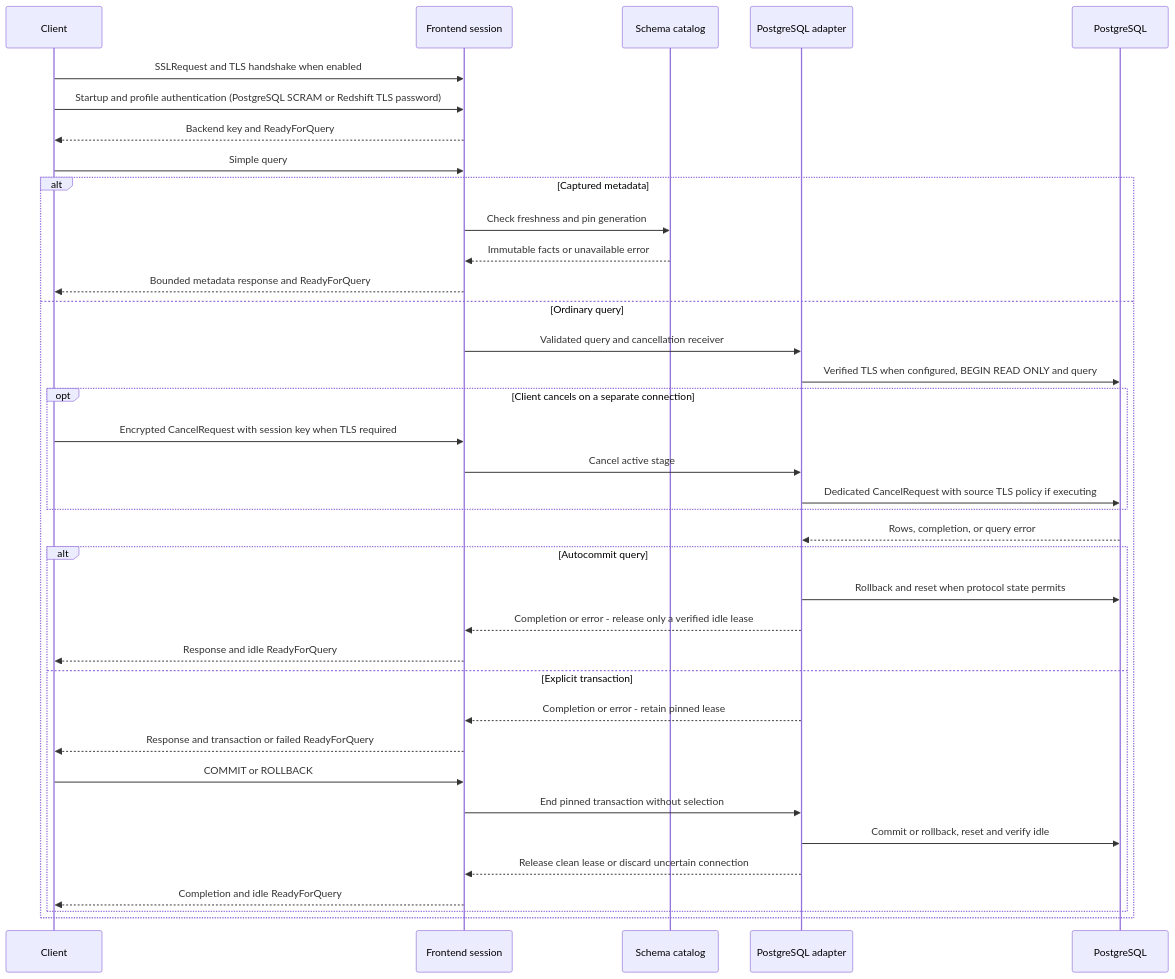
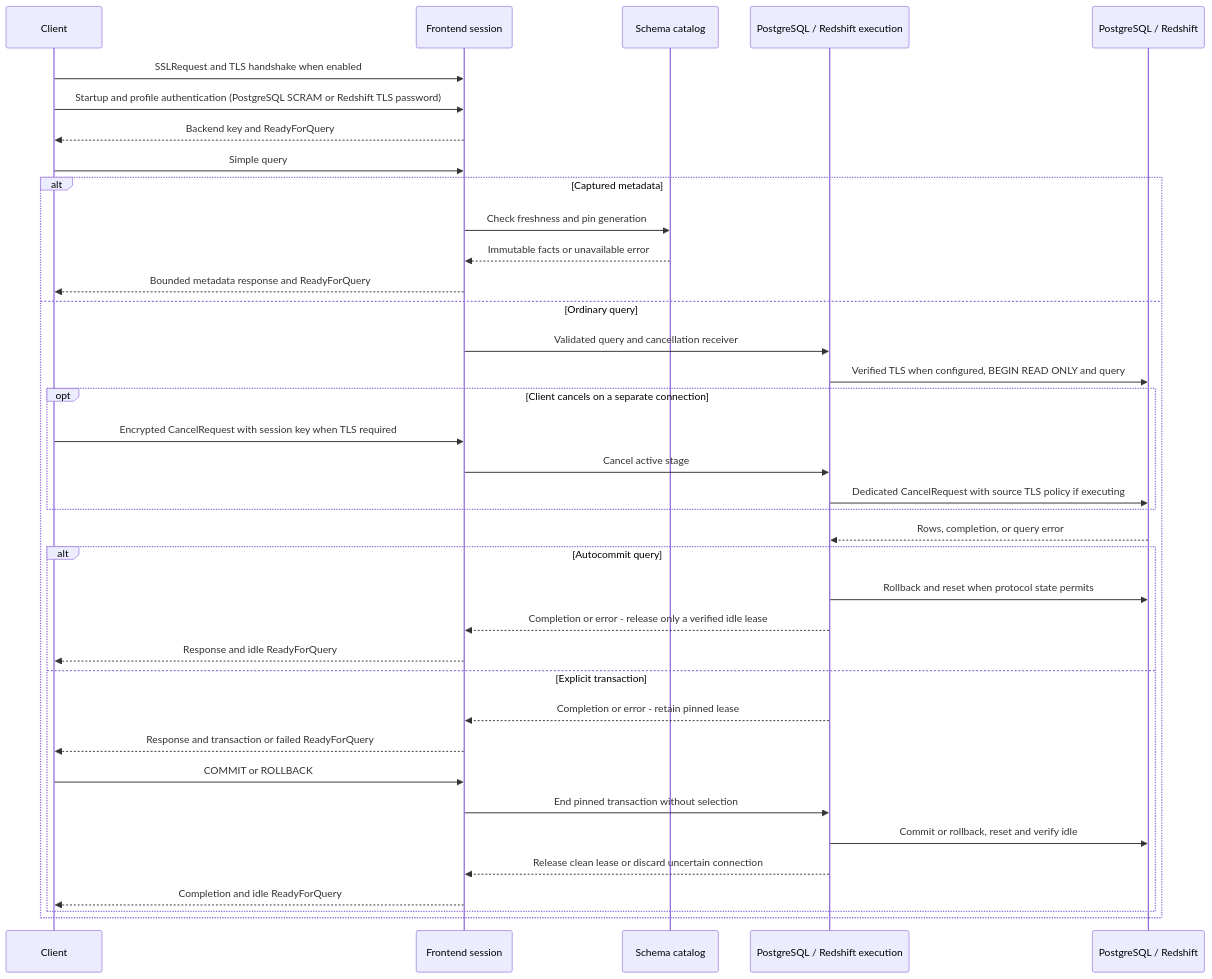
One commit to AbhiSinha08/yasp-analytics-proxy changed the fifth of 6 diagrams in docs/architecture.md. Above: the diagram before and after it, drawn with Mermaid. The commit also changed other lines of this file and 63 other files, not shown here.

````diff
--- a/docs/architecture.md
+++ b/docs/architecture.md
@@ -262,39 +265,39 @@
 ```mermaid
 sequenceDiagram
     participant Client
     participant Session as Frontend session
     participant Catalog as Schema catalog
-    participant Adapter as PostgreSQL adapter
-    participant PG as PostgreSQL
+    participant Adapter as PostgreSQL / Redshift execution
+    participant PG as PostgreSQL / Redshift
     Client->>Session: SSLRequest and TLS handshake when enabled
     Client->>Session: Startup and profile authentication (PostgreSQL SCRAM or Redshift TLS password)
     Session-->>Client: Backend key and ReadyForQuery
     Client->>Session: Simple query
     alt Captured metadata
         Session->>Catalog: Check freshness and pin generation
         Catalog-->>Session: Immutable facts or unavailable error
         Session-->>Client: Bounded metadata response and ReadyForQuery
     else Ordinary query
     Session->>Adapter: Validated query and cancellation receiver
     Adapter->>PG: Verified TLS when configured, BEGIN READ ONLY and query
     opt Client cancels on a separate connection
         Client->>Session: Encrypted CancelRequest with session key when TLS required
         Session->>Adapter: Cancel active stage
         Adapter->>PG: Dedicated CancelRequest with source TLS policy if executing
     end
     PG-->>Adapter: Rows, completion, or query error
     alt Autocommit query
         Adapter->>PG: Rollback and reset when protocol state permits
         Adapter-->>Session: Completion or error - release only a verified idle lease
         Session-->>Client: Response and idle ReadyForQuery
     else Explicit transaction
         Adapter-->>Session: Completion or error - retain pinned lease
         Session-->>Client: Response and transaction or failed ReadyForQuery
         Client->>Session: COMMIT or ROLLBACK
         Session->>Adapter: End pinned transaction without selection
         Adapter->>PG: Commit or rollback, reset and verify idle
         Adapter-->>Session: Release clean lease or discard uncertain connection
         Session-->>Client: Completion and idle ReadyForQuery
     end
     end
 ```
````
